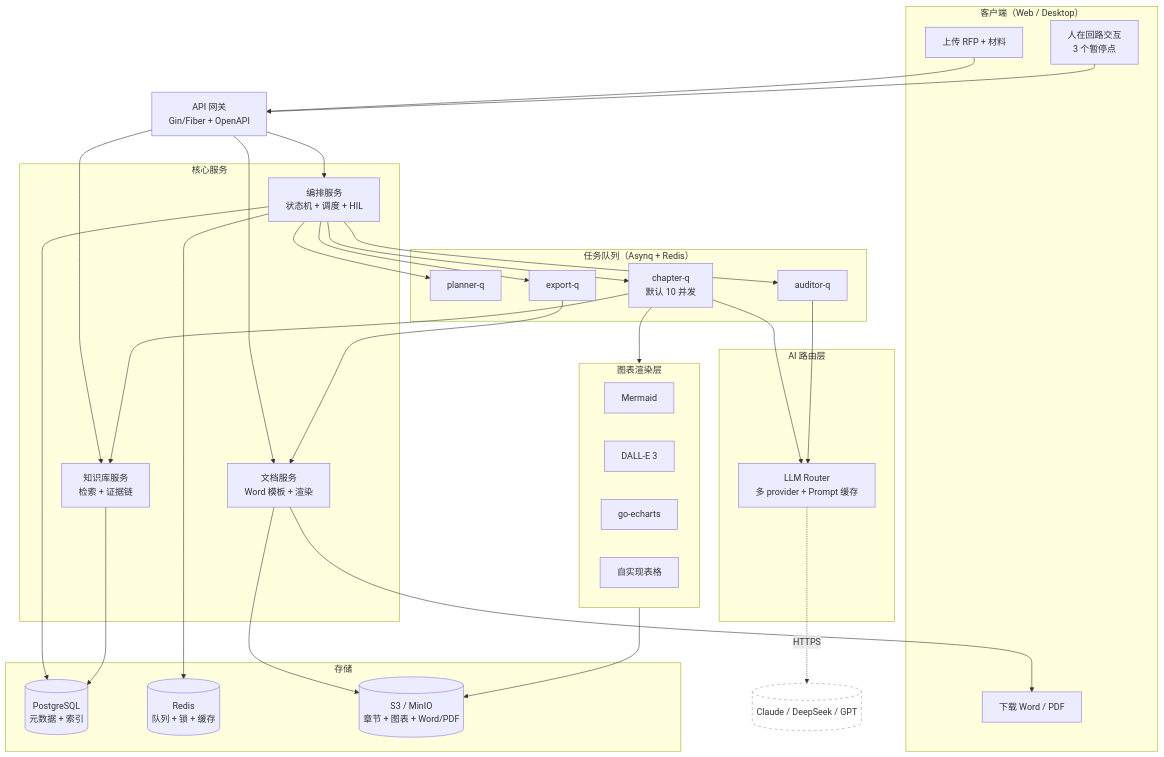
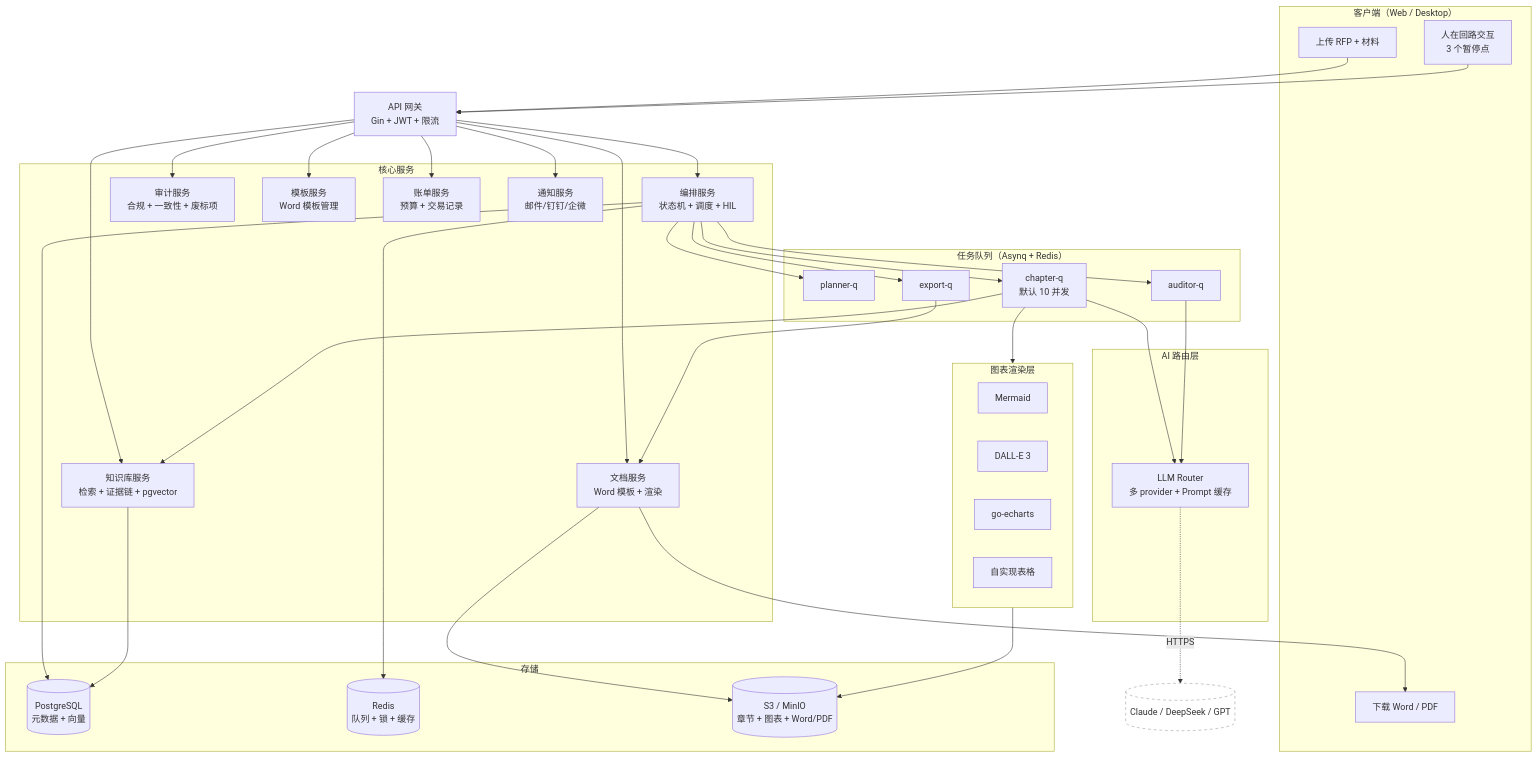
The diagram in README.md (growdu/ai_toubiao), drawn with Mermaid before and after one commit. The commit also changed other lines of this file, not shown here.

```diff
--- a/README.md
+++ b/README.md
@@ -16,13 +16,17 @@
     end
 
     %% API
-    API["API 网关<br/>Gin/Fiber + OpenAPI"]
+    API["API 网关<br/>Gin + JWT + 限流"]
 
     %% 核心服务
     subgraph SERVICES["核心服务"]
         ORCH["编排服务<br/>状态机 + 调度 + HIL"]
-        KB["知识库服务<br/>检索 + 证据链"]
+        KB["知识库服务<br/>检索 + 证据链 + pgvector"]
         DOC["文档服务<br/>Word 模板 + 渲染"]
+        AUDIT["审计服务<br/>合规 + 一致性 + 废标项"]
+        TEMPLATE["模板服务<br/>Word 模板管理"]
+        BILLING["账单服务<br/>预算 + 交易记录"]
+        NOTIFY["通知服务<br/>邮件/钉钉/企微"]
     end
 
     %% 任务队列
@@ -48,7 +52,7 @@
 
     %% 存储
     subgraph STORE["存储"]
-        PG[("PostgreSQL<br/>元数据 + 索引")]
+        PG[("PostgreSQL<br/>元数据 + 向量")]
         RD[("Redis<br/>队列 + 锁 + 缓存")]
         S3[("S3 / MinIO<br/>章节 + 图表 + Word/PDF")]
     end
@@ -59,6 +63,10 @@
     API --> ORCH
     API --> DOC
     API --> KB
+    API --> AUDIT
+    API --> TEMPLATE
+    API --> BILLING
+    API --> NOTIFY
 
     ORCH --> QP
     ORCH --> QC
```
